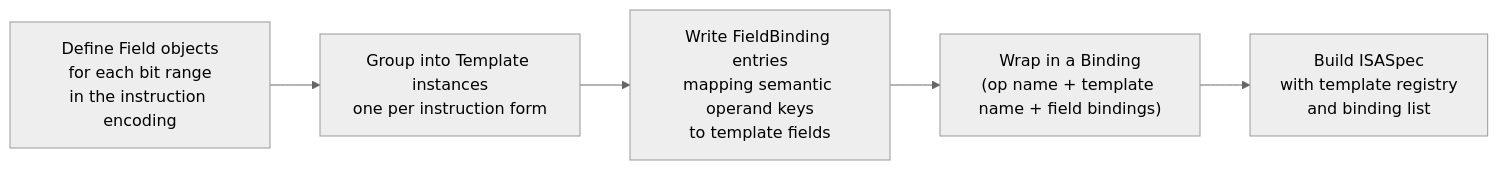
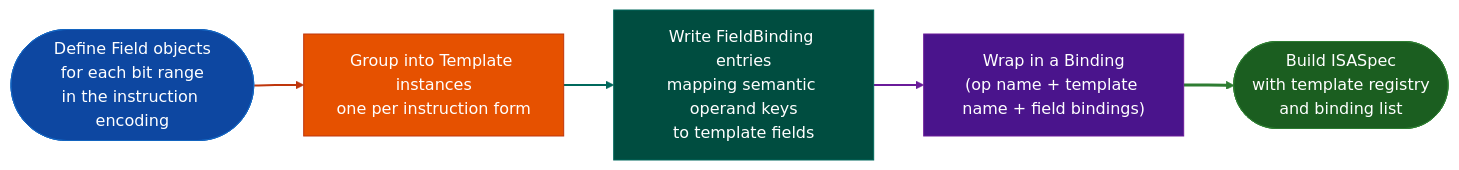
Before and after one commit to Ablation-Tool/ablation: the second of 2 diagrams in docs/reference-modules/encoding-dag.md, drawn with Mermaid (neutral theme). The commit also changed other lines of this file and 320 other files, not shown here.

First line of the commit message:
docs: apply canonical Mermaid template to all 321 diagrams

````diff
--- a/docs/reference-modules/encoding-dag.md
+++ b/docs/reference-modules/encoding-dag.md
@@ -507,7 +516,17 @@
 ```mermaid
 flowchart LR
-    A["Define Field objects\nfor each bit range\nin the instruction encoding"] --> B["Group into Template instances\none per instruction form"]
-    B --> C["Write FieldBinding entries\nmapping semantic operand keys\nto template fields"]
-    C --> D["Wrap in a Binding\n(op name + template name + field bindings)"]
-    D --> E["Build ISASpec\nwith template registry\nand binding list"]
+    A(["Define Field objects\nfor each bit range\nin the instruction encoding"]):::input --> B["Group into Template instances\none per instruction form"]:::primary
+    B:::primary --> C["Write FieldBinding entries\nmapping semantic operand keys\nto template fields"]:::secondary
+    C:::secondary --> D["Wrap in a Binding\n(op name + template name + field bindings)"]:::tertiary
+    D:::tertiary --> E(["Build ISASpec\nwith template registry\nand binding list"]):::output
+    classDef input     fill:#0d47a1,stroke:#1565c0,color:#fff
+    classDef primary   fill:#e65100,stroke:#bf360c,color:#fff
+    classDef secondary fill:#004d40,stroke:#00695c,color:#fff
+    classDef tertiary  fill:#4a148c,stroke:#6a1b9a,color:#fff
+    classDef neutral   fill:#37474f,stroke:#546e7a,color:#fff
+    classDef output    fill:#1b5e20,stroke:#2e7d32,color:#fff
+    linkStyle 0 stroke:#bf360c,stroke-width:2px
+    linkStyle 1 stroke:#00695c,stroke-width:2px
+    linkStyle 2 stroke:#6a1b9a,stroke-width:2px
+    linkStyle 3 stroke:#2e7d32,stroke-width:3px
 ```
````
